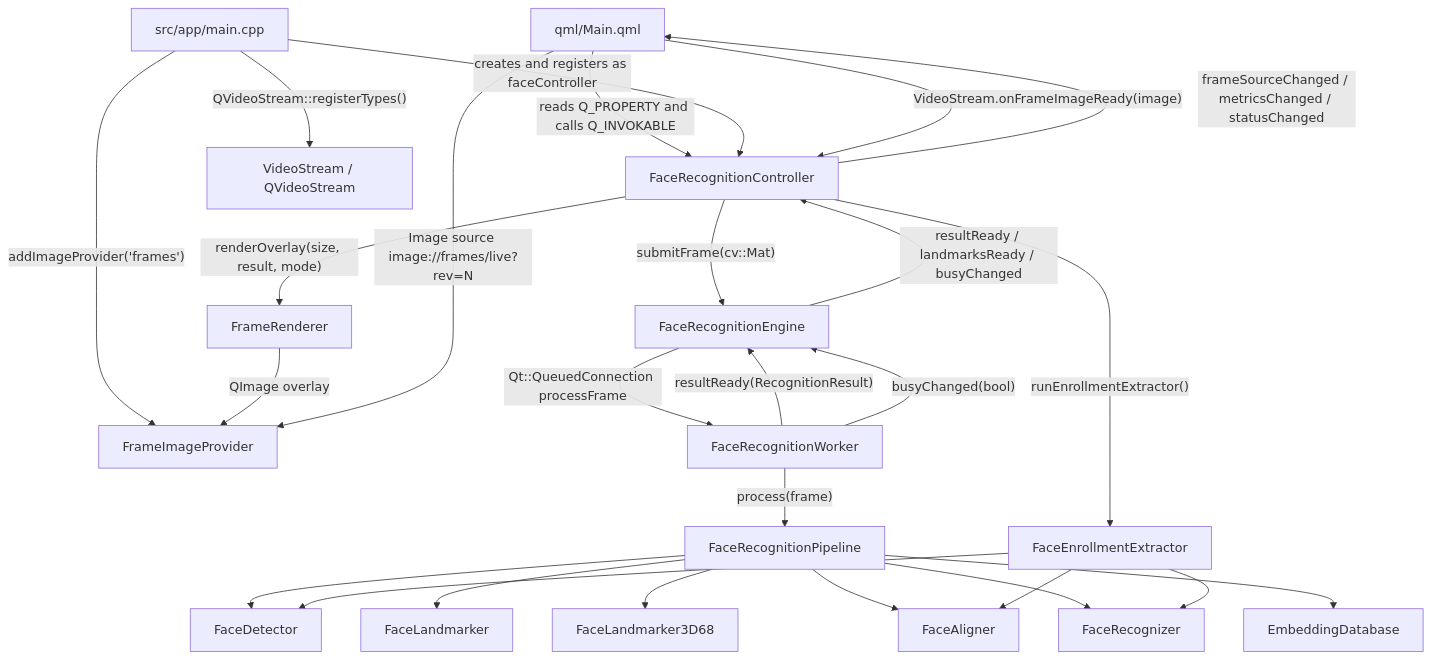
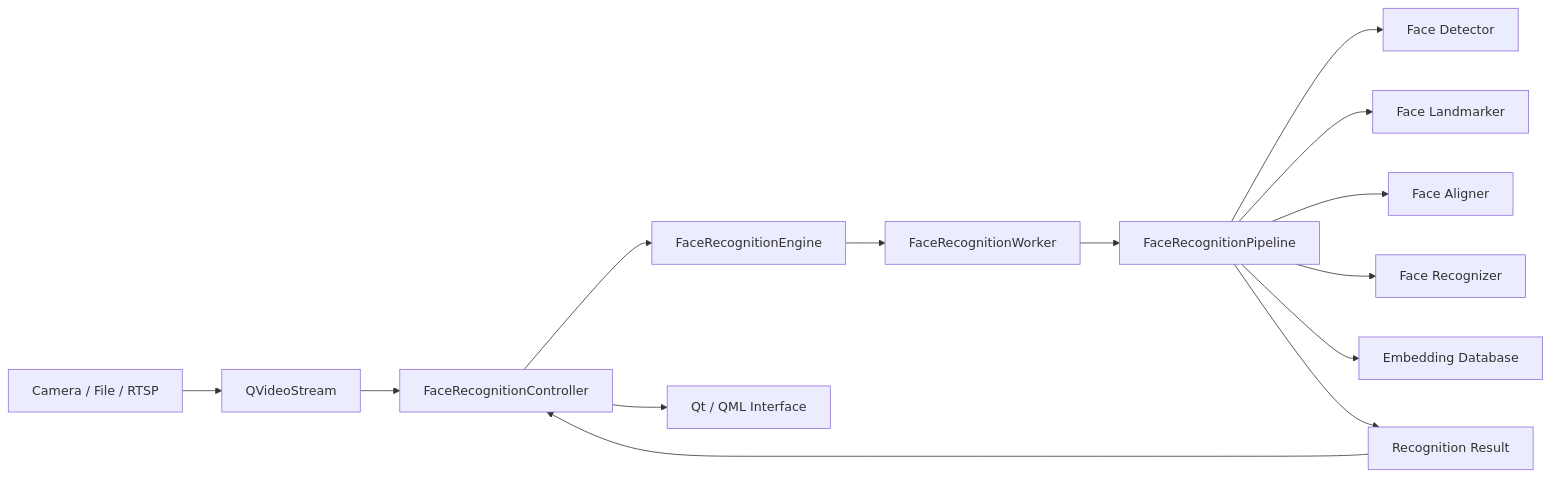
One commit to DarkShrill/FaceRecognition changed the diagram in README.md. Above: the diagram before and after it, drawn with Mermaid. The commit also changed other lines of this file, not shown here.

````diff
--- a/README.md
+++ b/README.md
@@ -201,32 +304,18 @@
 ```mermaid
-flowchart TD
-    QML["qml/Main.qml"] -->|"reads Q_PROPERTY and calls Q_INVOKABLE"| Controller["FaceRecognitionController"]
-    Main["src/app/main.cpp"] -->|"creates and registers as faceController"| Controller
-    Main -->|"addImageProvider('frames')"| Provider["FrameImageProvider"]
-    Main -->|"QVideoStream::registerTypes()"| VideoStream["VideoStream / QVideoStream"]
+flowchart LR
+    Source["Camera / File / RTSP"] --> Video["QVideoStream"]
+    Video --> Controller["FaceRecognitionController"]
+    Controller --> Engine["FaceRecognitionEngine"]
+    Engine --> Worker["FaceRecognitionWorker"]
+    Worker --> Pipeline["FaceRecognitionPipeline"]
 
-    QML -->|"VideoStream.onFrameImageReady(image)"| Controller
-    Controller -->|"submitFrame(cv::Mat)"| Engine["FaceRecognitionEngine"]
-    Engine -->|"Qt::QueuedConnection processFrame"| Worker["FaceRecognitionWorker"]
-    Worker -->|"process(frame)"| Pipeline["FaceRecognitionPipeline"]
+    Pipeline --> Detector["Face Detector"]
+    Pipeline --> Landmarks["Face Landmarker"]
+    Pipeline --> Aligner["Face Aligner"]
+    Pipeline --> Recognizer["Face Recognizer"]
+    Pipeline --> Database["Embedding Database"]
 
-    Pipeline --> Detector["FaceDetector"]
-    Pipeline --> Landmarker106["FaceLandmarker"]
-    Pipeline --> Landmarker3D["FaceLandmarker3D68"]
-    Pipeline --> Aligner["FaceAligner"]
-    Pipeline --> Recognizer["FaceRecognizer"]
-    Pipeline --> Database["EmbeddingDatabase"]
-
-    Worker -->|"resultReady(RecognitionResult)"| Engine
-    Worker -->|"busyChanged(bool)"| Engine
-    Engine -->|"resultReady / landmarksReady / busyChanged"| Controller
-    Controller -->|"frameSourceChanged / metricsChanged / statusChanged"| QML
-    Controller -->|"renderOverlay(size, result, mode)"| Renderer["FrameRenderer"]
-    Renderer -->|"QImage overlay"| Provider
-    QML -->|"Image source image://frames/live?rev=N"| Provider
-
-    Controller -->|"runEnrollmentExtractor()"| Extractor["FaceEnrollmentExtractor"]
-    Extractor --> Detector
-    Extractor --> Aligner
-    Extractor --> Recognizer
+    Pipeline --> Result["Recognition Result"]
+    Result --> Controller
+    Controller --> QML["Qt / QML Interface"]
 ```
````
